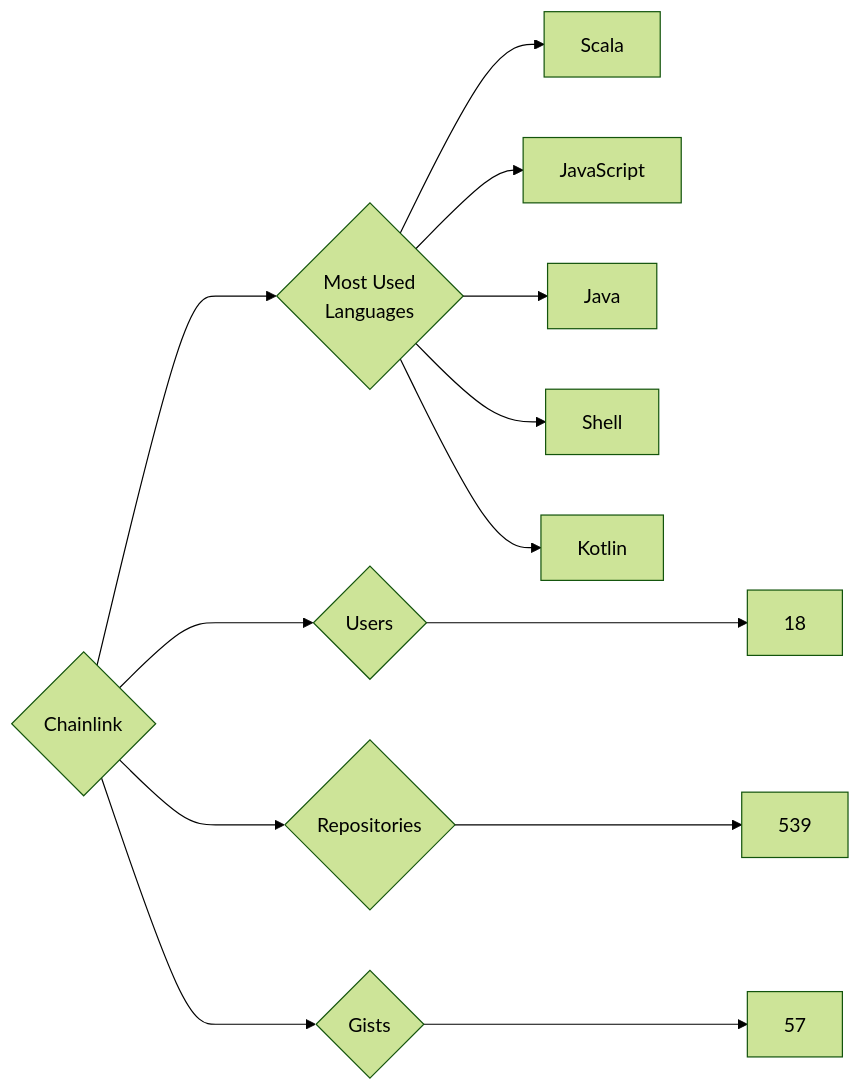
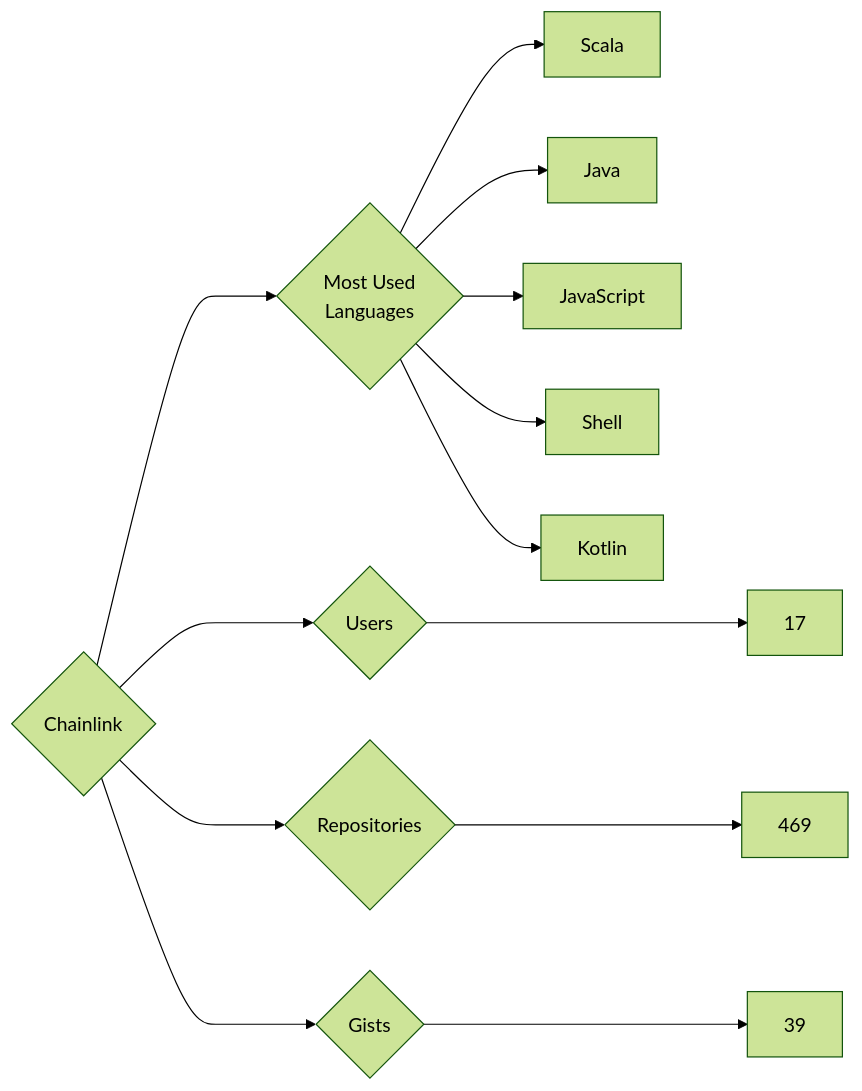
Before and after one commit to trickest/insiders: the diagram in targets/Chainlink/README.md, drawn with Mermaid (forest theme). The commit also changed 777 other files, not shown here.

````diff
--- a/targets/Chainlink/README.md
+++ b/targets/Chainlink/README.md
@@ -3,13 +3,13 @@
 ```mermaid
 graph LR
 COMPANY_NAME{Chainlink}
-COMPANY_NAME ---> U{Users} ---> UN[18]
-COMPANY_NAME ---> R{Repositories} ---> RN[539]
-COMPANY_NAME ---> G{Gists} ---> GN[57]
+COMPANY_NAME ---> U{Users} ---> UN[17]
+COMPANY_NAME ---> R{Repositories} ---> RN[469]
+COMPANY_NAME ---> G{Gists} ---> GN[39]
 COMPANY_NAME ---> ML{Most Used<br>Languages}
 ML --> Scala[Scala]
+ML --> Java[Java]
 ML --> JavaScript[JavaScript]
-ML --> Java[Java]
 ML --> Shell[Shell]
 ML --> Kotlin[Kotlin]
 ```
````
